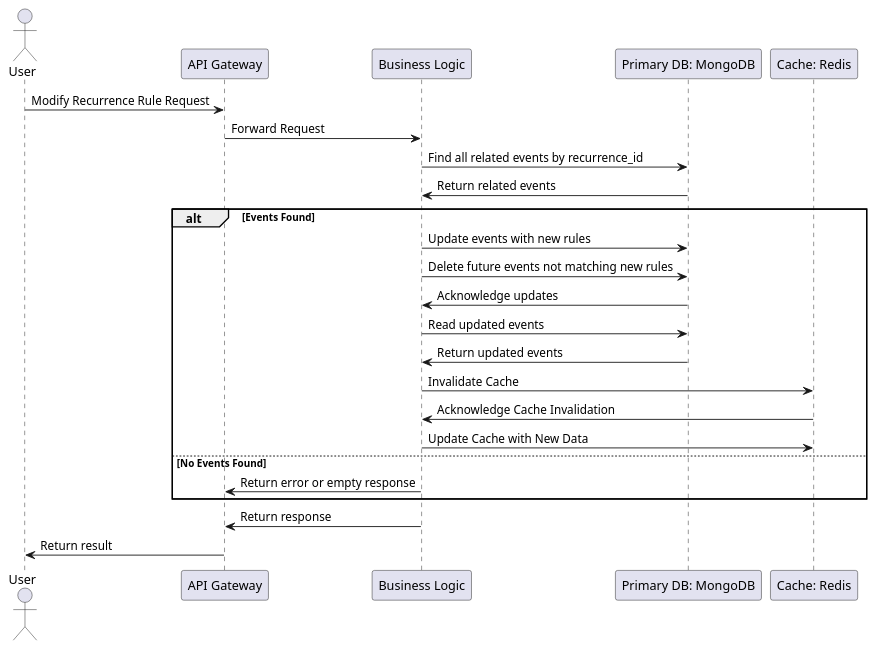
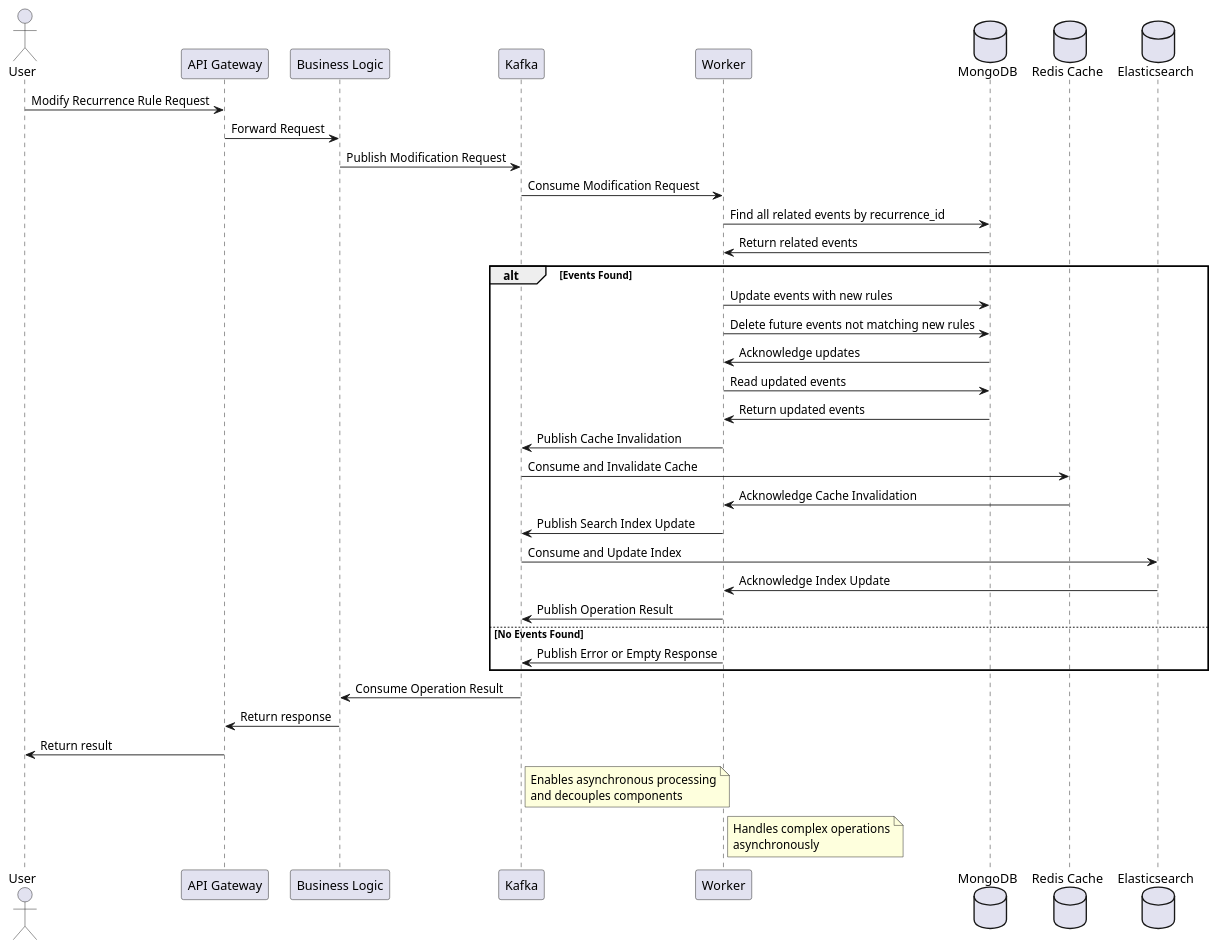
One commit to huangyingw/system_design changed the diagram in high_traffic_calendar/process_modifying_recurrence_rules.puml. Above: the diagram before and after it, drawn with PlantUML.

```diff
--- a/high_traffic_calendar/process_modifying_recurrence_rules.puml
+++ b/high_traffic_calendar/process_modifying_recurrence_rules.puml
@@ -1,32 +1,55 @@
 @startuml
 
 actor User
 participant "API Gateway"
 participant "Business Logic"
-participant "Primary DB: MongoDB"
-participant "Cache: Redis"
+participant "Kafka"
+participant "Worker"
+database "MongoDB"
+database "Redis Cache"
+database "Elasticsearch"
 
 User -> "API Gateway": Modify Recurrence Rule Request
 "API Gateway" -> "Business Logic": Forward Request
-"Business Logic" -> "Primary DB: MongoDB": Find all related events by recurrence_id
-"Primary DB: MongoDB" -> "Business Logic": Return related events
+"Business Logic" -> "Kafka": Publish Modification Request
+
+"Kafka" -> Worker: Consume Modification Request
+Worker -> MongoDB: Find all related events by recurrence_id
+MongoDB -> Worker: Return related events
 
 alt Events Found
-    "Business Logic" -> "Primary DB: MongoDB": Update events with new rules
-    "Business Logic" -> "Primary DB: MongoDB": Delete future events not matching new rules
-    "Primary DB: MongoDB" -> "Business Logic": Acknowledge updates
+    Worker -> MongoDB: Update events with new rules
+    Worker -> MongoDB: Delete future events not matching new rules
+    MongoDB -> Worker: Acknowledge updates
 
-    "Business Logic" -> "Primary DB: MongoDB": Read updated events
-    "Primary DB: MongoDB" -> "Business Logic": Return updated events
+    Worker -> MongoDB: Read updated events
+    MongoDB -> Worker: Return updated events
 
-    "Business Logic" -> "Cache: Redis": Invalidate Cache
-    "Cache: Redis" -> "Business Logic": Acknowledge Cache Invalidation
-    "Business Logic" -> "Cache: Redis": Update Cache with New Data
+    Worker -> "Kafka": Publish Cache Invalidation
+    "Kafka" -> "Redis Cache": Consume and Invalidate Cache
+    "Redis Cache" -> Worker: Acknowledge Cache Invalidation
+
+    Worker -> "Kafka": Publish Search Index Update
+    "Kafka" -> Elasticsearch: Consume and Update Index
+    Elasticsearch -> Worker: Acknowledge Index Update
+
+    Worker -> "Kafka": Publish Operation Result
 else No Events Found
-    "Business Logic" -> "API Gateway": Return error or empty response
+    Worker -> "Kafka": Publish Error or Empty Response
 end
 
+"Kafka" -> "Business Logic": Consume Operation Result
 "Business Logic" -> "API Gateway": Return response
 "API Gateway" -> User: Return result
 
+note right of "Kafka"
+  Enables asynchronous processing
+  and decouples components
+end note
+
+note right of Worker
+  Handles complex operations
+  asynchronously
+end note
+
 @enduml
```
